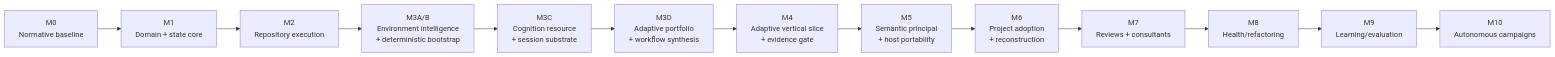
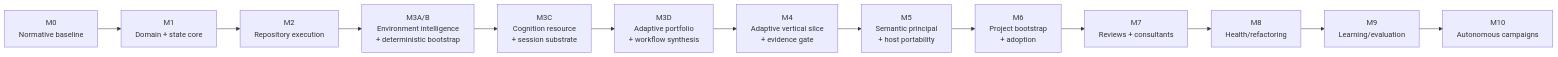
One commit to olostan/DevCadence changed the diagram in docs/IMPLEMENTATION_PLAN.md. Above: the diagram before and after it, drawn with Mermaid. The commit also changed other lines of this file and 22 other files, not shown here.

Commit message:
architecture: open capability packs, compositional toolchains and project health

````diff
--- a/docs/IMPLEMENTATION_PLAN.md
+++ b/docs/IMPLEMENTATION_PLAN.md
@@ -11,18 +11,18 @@
 ```mermaid
 flowchart LR
     M0["M0<br/>Normative baseline"]
     M1["M1<br/>Domain + state core"]
     M2["M2<br/>Repository execution"]
     M3["M3A/B<br/>Environment intelligence<br/>+ deterministic bootstrap"]
     M3C["M3C<br/>Cognition resource<br/>+ session substrate"]
     M3D["M3D<br/>Adaptive portfolio<br/>+ workflow synthesis"]
     M4["M4<br/>Adaptive vertical slice<br/>+ evidence gate"]
     M5["M5<br/>Semantic principal<br/>+ host portability"]
-    M6["M6<br/>Project adoption<br/>+ reconstruction"]
+    M6["M6<br/>Project bootstrap<br/>+ adoption"]
     M7["M7<br/>Reviews + consultants"]
     M8["M8<br/>Health/refactoring"]
     M9["M9<br/>Learning/evaluation"]
     M10["M10<br/>Autonomous campaigns"]
 
     M0 --> M1 --> M2 --> M3 --> M3C --> M3D --> M4 --> M5 --> M6 --> M7 --> M8 --> M9 --> M10
 ```
````
